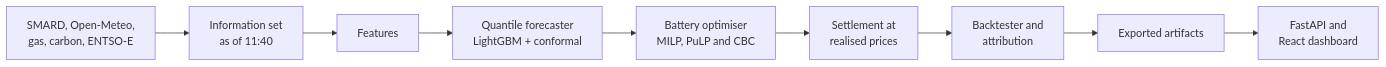
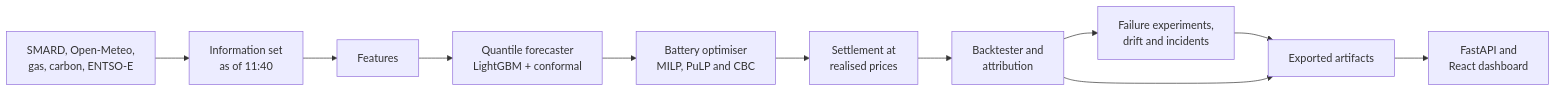
The diagram in README.md (HRafiq/energy-price-forecasting-trading), drawn with Mermaid before and after one commit. The commit also changed other lines of this file and 39 other files, not shown here.

````diff
--- a/README.md
+++ b/README.md
@@ -84,11 +98,13 @@
 ```mermaid
 flowchart LR
   A[SMARD, Open-Meteo,<br/>gas, carbon, ENTSO-E] --> B[Information set<br/>as of 11:40]
   B --> C[Features]
   C --> D[Quantile forecaster<br/>LightGBM + conformal]
   D --> E[Battery optimiser<br/>MILP, PuLP and CBC]
   E --> F[Settlement at<br/>realised prices]
   F --> G[Backtester and<br/>attribution]
+  G --> J[Failure experiments,<br/>drift and incidents]
+  J --> H
   G --> H[Exported artifacts]
   H --> I[FastAPI and<br/>React dashboard]
 ```
````
